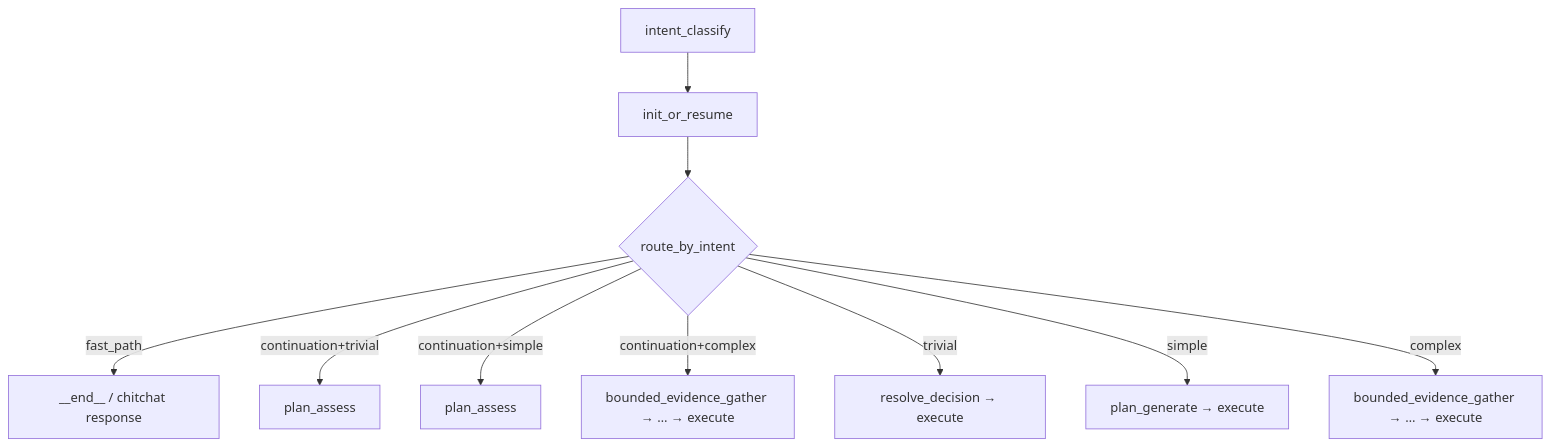
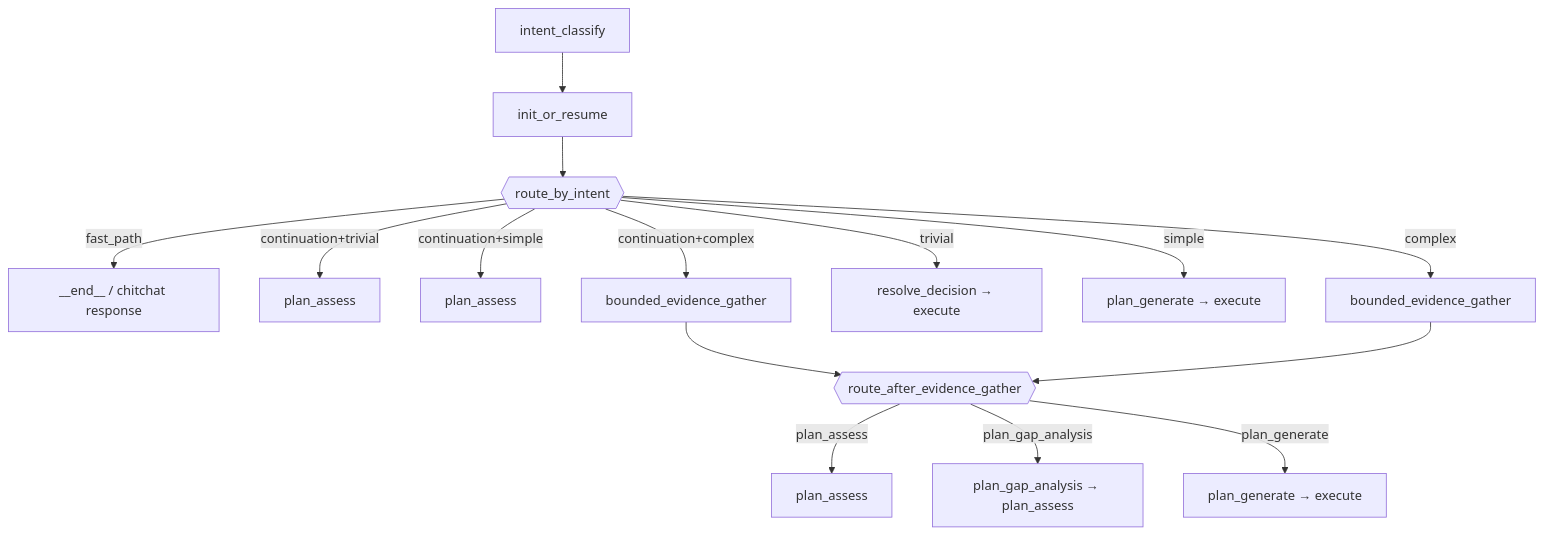
One commit to OpenSoothe/soothe changed the diagram in docs/diagrams/strange_loop_graph_nodes.md. Above: the diagram before and after it, drawn with Mermaid. The commit also changed other lines of this file and 13 other files, not shown here.

````diff
--- a/docs/diagrams/strange_loop_graph_nodes.md
+++ b/docs/diagrams/strange_loop_graph_nodes.md
@@ -36,12 +36,17 @@
 ```mermaid
 flowchart TD
     IC[intent_classify] --> IOR[init_or_resume]
-    IOR --> R{route_by_intent}
+    IOR --> R{{route_by_intent}}
     R -->|fast_path| END1[__end__ / chitchat response]
     R -->|continuation+trivial| PA[plan_assess]
     R -->|continuation+simple| PA2[plan_assess]
-    R -->|continuation+complex| BEG[bounded_evidence_gather → … → execute]
+    R -->|continuation+complex| BEG[bounded_evidence_gather]
     R -->|trivial| RD[resolve_decision → execute]
     R -->|simple| PG2[plan_generate → execute]
-    R -->|complex| BEG2[bounded_evidence_gather → … → execute]
+    R -->|complex| BEG2[bounded_evidence_gather]
+    BEG --> PGA{{route_after_evidence_gather}}
+    BEG2 --> PGA
+    PGA -->|plan_assess| PA3[plan_assess]
+    PGA -->|plan_gap_analysis| PGA2[plan_gap_analysis → plan_assess]
+    PGA -->|plan_generate| PG3[plan_generate → execute]
 ```
````
